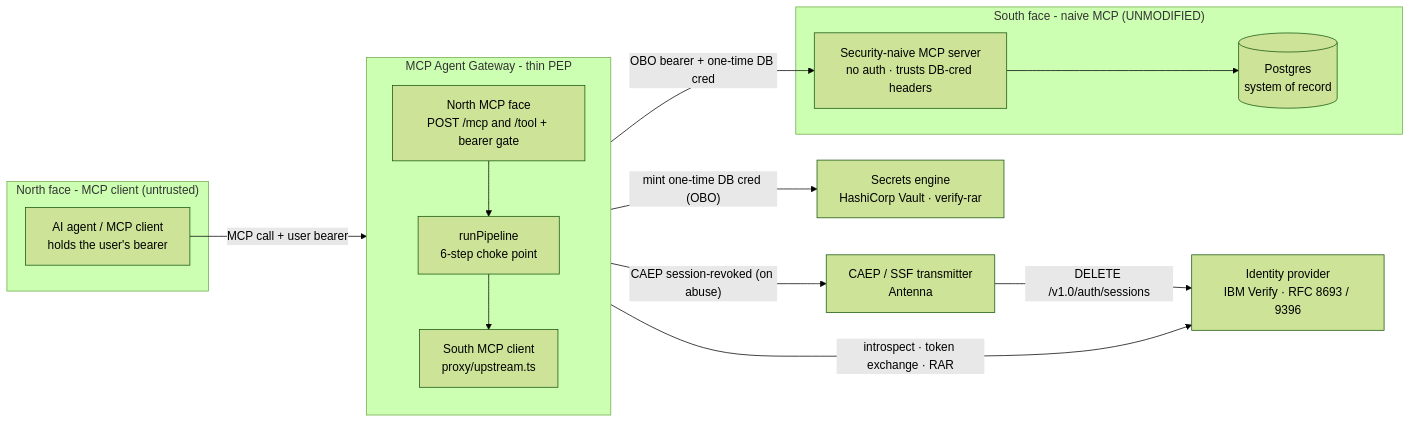
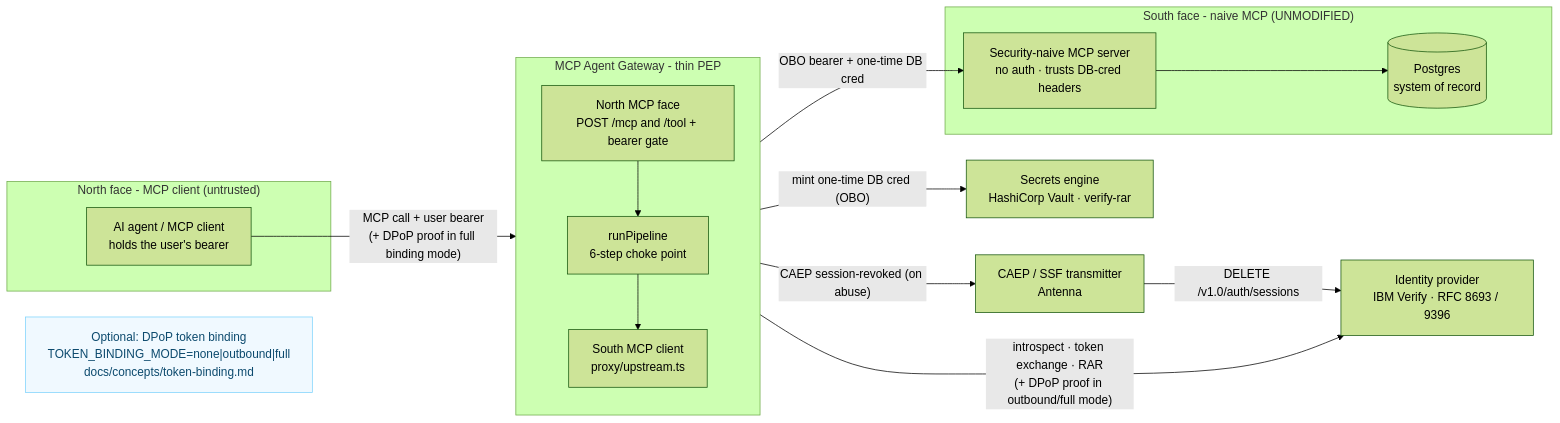
One commit to iamidentity-ai/mcp-gateway-verify-vault changed the diagram in docs/diagrams/component-architecture.mmd. Above: the diagram before and after it, drawn with Mermaid (forest theme). The commit also changed 5 other files, not shown here.

Commit message:
docs(binding): token-binding concept page, optional DPoP flows in the diagrams, README bullet

```diff
--- a/docs/diagrams/component-architecture.mmd
+++ b/docs/diagrams/component-architecture.mmd
@@ -1,31 +1,34 @@
 %% Component architecture - two MCP faces + the thin PEP between them.
 %% Ported (genericized to the records domain) from the reference deployment.
 flowchart LR
     subgraph north["North face - MCP client (untrusted)"]
         AGENT["AI agent / MCP client<br/>holds the user's bearer"]
     end
 
     subgraph gw["MCP Agent Gateway - thin PEP"]
         direction TB
         FACE["North MCP face<br/>POST /mcp and /tool + bearer gate"]
         PIPE["runPipeline<br/>6-step choke point"]
         SC["South MCP client<br/>proxy/upstream.ts"]
         FACE --> PIPE --> SC
     end
 
     subgraph south["South face - naive MCP (UNMODIFIED)"]
         NAIVE["Security-naive MCP server<br/>no auth · trusts DB-cred headers"]
         PG[("Postgres<br/>system of record")]
         NAIVE --> PG
     end
 
     IDP["Identity provider<br/>IBM Verify · RFC 8693 / 9396"]
     VAULT["Secrets engine<br/>HashiCorp Vault · verify-rar"]
     ANTENNA["CAEP / SSF transmitter<br/>Antenna"]
 
-    AGENT -->|"MCP call + user bearer"| FACE
-    PIPE -->|"introspect · token exchange · RAR"| IDP
+    AGENT -->|"MCP call + user bearer<br/>(+ DPoP proof in full binding mode)"| FACE
+    PIPE -->|"introspect · token exchange · RAR<br/>(+ DPoP proof in outbound/full mode)"| IDP
     PIPE -->|"mint one-time DB cred (OBO)"| VAULT
     PIPE -->|"CAEP session-revoked (on abuse)"| ANTENNA
     ANTENNA -->|"DELETE /v1.0/auth/sessions"| IDP
     SC -->|"OBO bearer + one-time DB cred"| NAIVE
+
+    classDef dpopnote fill:#f0f9ff,stroke:#7dd3fc,color:#0c4a6e
+    BINDING["Optional: DPoP token binding<br/>TOKEN_BINDING_MODE=none|outbound|full<br/>docs/concepts/token-binding.md"]:::dpopnote
```
